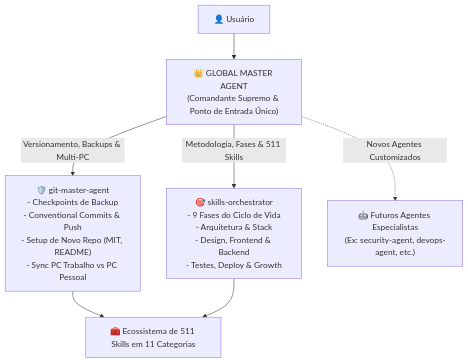
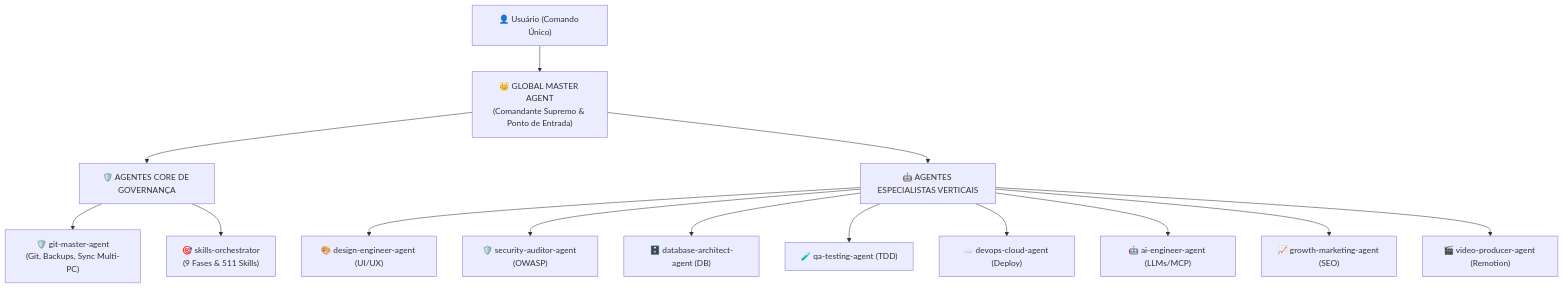
Before and after one commit to Henrique1601/SkiilsToIAs: the diagram in custom-agents/global-master-agent.md, drawn with Mermaid. The commit also changed other lines of this file and 21 other files, not shown here.

Commit message:
feat: add 8 specialized agents to form complete 11-agent suite under global-master-agent

````diff
--- a/custom-agents/global-master-agent.md
+++ b/custom-agents/global-master-agent.md
@@ -37,13 +37,18 @@
 ```mermaid
 flowchart TD
-    User["👤 Usuário"] --> GMA["👑 GLOBAL MASTER AGENT<br/>(Comandante Supremo & Ponto de Entrada Único)"]
+    User["👤 Usuário (Comando Único)"] --> GMA["👑 GLOBAL MASTER AGENT<br/>(Comandante Supremo & Ponto de Entrada)"]
     
-    GMA -->|"Versionamento, Backups & Multi-PC"| GMA_Git["🛡️ git-master-agent<br/>- Checkpoints de Backup<br/>- Conventional Commits & Push<br/>- Setup de Novo Repo (MIT, README)<br/>- Sync PC Trabalho vs PC Pessoal"]
+    GMA --> GMA_Core["🛡️ AGENTES CORE DE GOVERNANÇA"]
+    GMA_Core --> GMA_Git["🛡️ git-master-agent<br/>(Git, Backups, Sync Multi-PC)"]
+    GMA_Core --> GMA_Orch["🎯 skills-orchestrator<br/>(9 Fases & 511 Skills)"]
     
-    GMA -->|"Metodologia, Fases & 511 Skills"| GMA_Orch["🎯 skills-orchestrator<br/>- 9 Fases do Ciclo de Vida<br/>- Arquitetura & Stack<br/>- Design, Frontend & Backend<br/>- Testes, Deploy & Growth"]
-    
-    GMA -.->|"Novos Agentes Customizados"| GMA_Future["🤖 Futuros Agentes Especialistas<br/>(Ex: security-agent, devops-agent, etc.)"]
-
-    GMA_Git --> Skills["🧰 Ecossistema de 511 Skills em 11 Categorias"]
-    GMA_Orch --> Skills
+    GMA --> GMA_Spec["🤖 AGENTES ESPECIALISTAS VERTICAIS"]
+    GMA_Spec --> GMA_UI["🎨 design-engineer-agent (UI/UX)"]
+    GMA_Spec --> GMA_Sec["🛡️ security-auditor-agent (OWASP)"]
+    GMA_Spec --> GMA_DB["🗄️ database-architect-agent (DB)"]
+    GMA_Spec --> GMA_QA["🧪 qa-testing-agent (TDD)"]
+    GMA_Spec --> GMA_DevOps["☁️ devops-cloud-agent (Deploy)"]
+    GMA_Spec --> GMA_AI["🤖 ai-engineer-agent (LLMs/MCP)"]
+    GMA_Spec --> GMA_Growth["📈 growth-marketing-agent (SEO)"]
+    GMA_Spec --> GMA_Video["🎬 video-producer-agent (Remotion)"]
 ```
````
